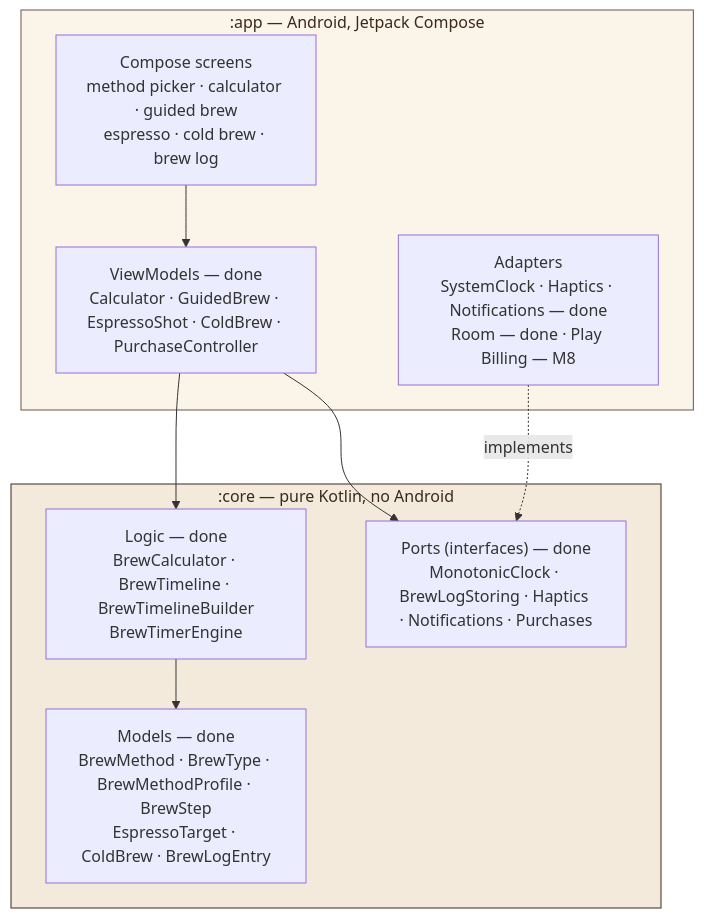
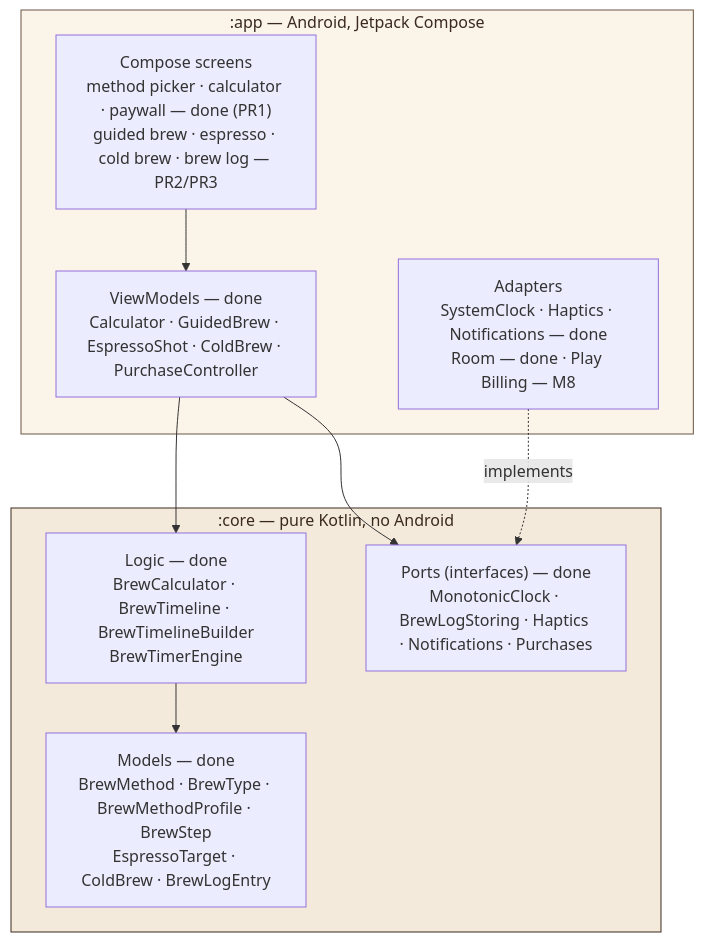
Before and after one commit to JayReece313/coffeegrams-android: the first of 3 diagrams in ARCHITECTURE.md, drawn with Mermaid. The commit also changed other lines of this file and 19 other files, not shown here.

First line of the commit message:
M7 PR1: Compose UI foundation — Method Picker, Calculator, Paywall

````diff
--- a/ARCHITECTURE.md
+++ b/ARCHITECTURE.md
@@ -35,23 +42,23 @@
 ```mermaid
 graph TD
     subgraph app[":app — Android, Jetpack Compose"]
-        UI["Compose screens<br/>method picker · calculator · guided brew<br/>espresso · cold brew · brew log"]
+        UI["Compose screens<br/>method picker · calculator · paywall — done (PR1)<br/>guided brew · espresso · cold brew · brew log — PR2/PR3"]
         VM["ViewModels — done<br/>Calculator · GuidedBrew · EspressoShot · ColdBrew · PurchaseController"]
         AD["Adapters<br/>SystemClock · Haptics · Notifications — done<br/>Room — done · Play Billing — M8"]
     end
 
     subgraph core[":core — pure Kotlin, no Android"]
         M["Models — done<br/>BrewMethod · BrewType · BrewMethodProfile · BrewStep<br/>EspressoTarget · ColdBrew · BrewLogEntry"]
         L["Logic — done<br/>BrewCalculator · BrewTimeline · BrewTimelineBuilder<br/>BrewTimerEngine"]
         P["Ports (interfaces) — done<br/>MonotonicClock · BrewLogStoring · Haptics · Notifications · Purchases"]
     end
 
     UI --> VM
     VM --> L
     VM --> P
     L --> M
     AD -.implements.-> P
 
     style core fill:#F4EADB,stroke:#3A2A1E,color:#3A2A1E
     style app fill:#FBF4E9,stroke:#6B5647,color:#3A2A1E
 ```
````
